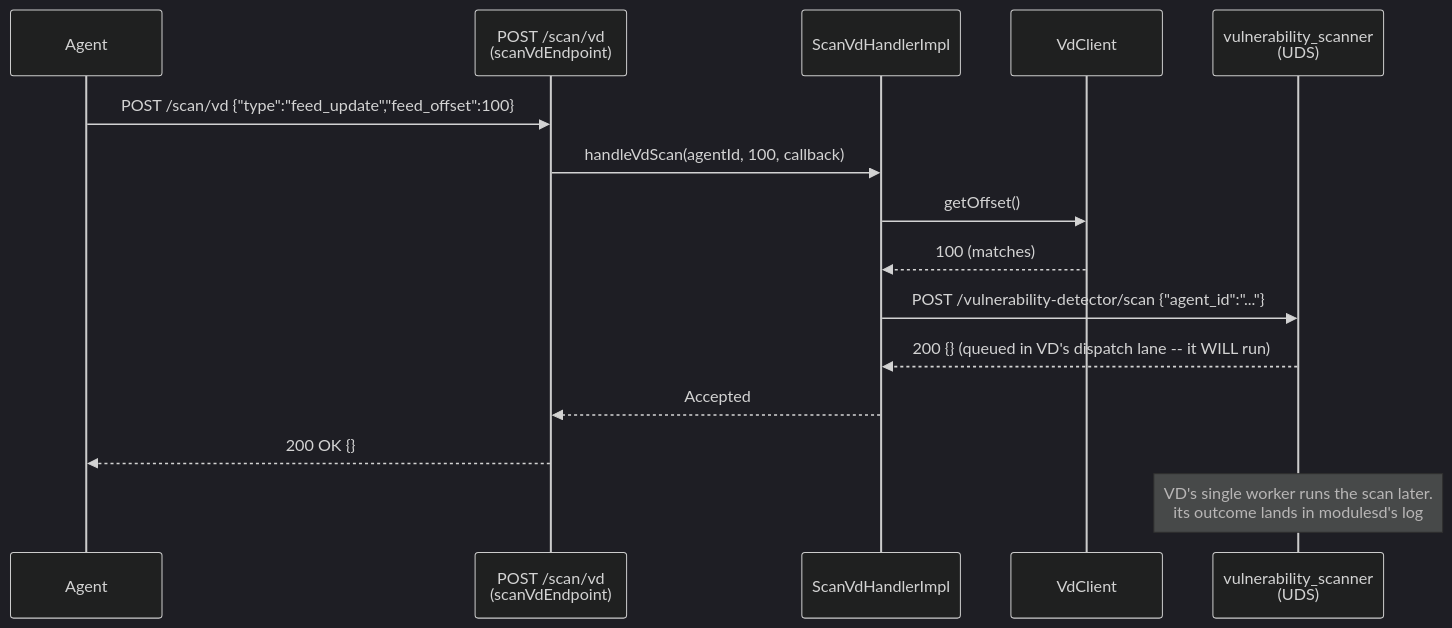
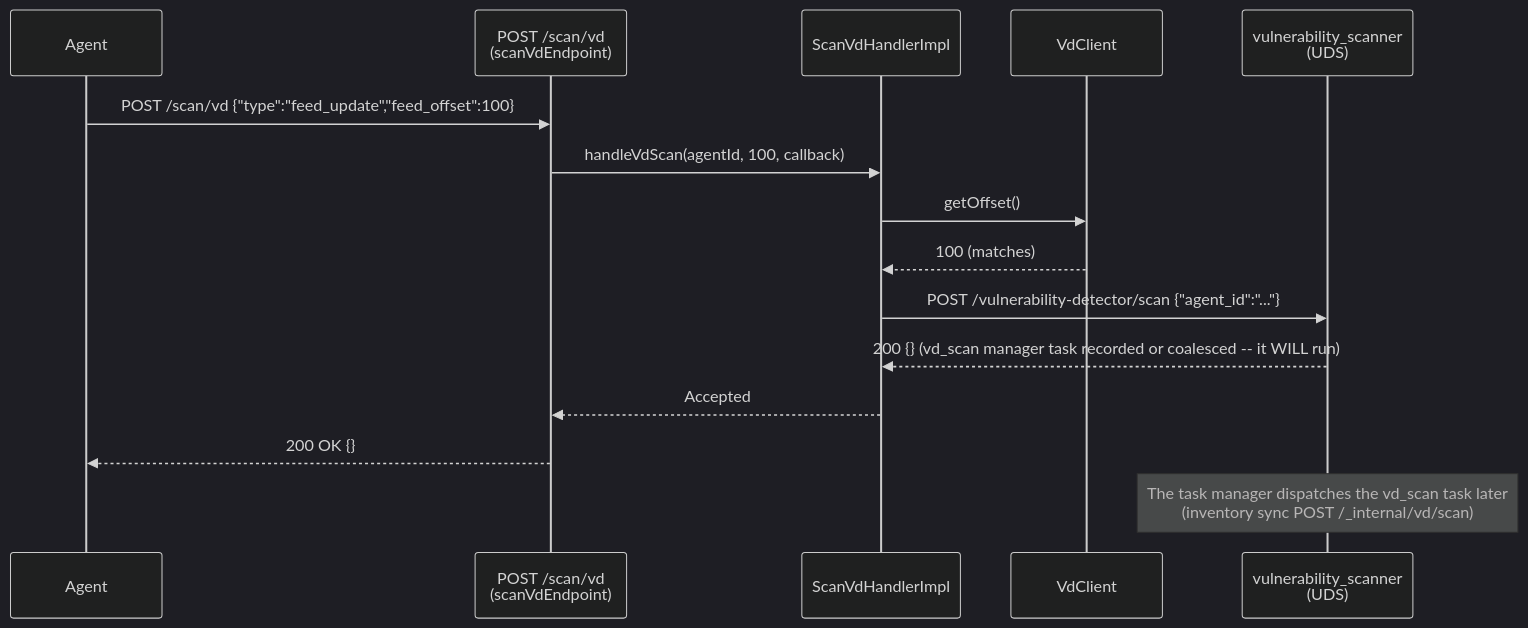
One commit to wazuh/wazuh changed the second of 5 diagrams in src/remoted/remoted_module/README.md. Above: the diagram before and after it, drawn with Mermaid (dark theme). The commit also changed other lines of this file and 232 other files, not shown here.

````diff
--- a/src/remoted/remoted_module/README.md
+++ b/src/remoted/remoted_module/README.md
@@ -912,19 +917,19 @@
 ```mermaid
 sequenceDiagram
     participant Ag as Agent
     participant EP as POST /scan/vd<br/>(scanVdEndpoint)
     participant SH as ScanVdHandlerImpl
     participant VC as VdClient
     participant VD as vulnerability_scanner<br/>(UDS)
 
     Ag->>EP: POST /scan/vd {"type":"feed_update","feed_offset":100}
     EP->>SH: handleVdScan(agentId, 100, callback)
     SH->>VC: getOffset()
     VC-->>SH: 100 (matches)
     SH->>VD: POST /vulnerability-detector/scan {"agent_id":"..."}
-    VD-->>SH: 200 {} (queued in VD's dispatch lane -- it WILL run)
+    VD-->>SH: 200 {} (vd_scan manager task recorded or coalesced -- it WILL run)
     SH-->>EP: Accepted
     EP-->>Ag: 200 OK {}
 
-    Note over VD: VD's single worker runs the scan later.<br/>its outcome lands in modulesd's log
+    Note over VD: The task manager dispatches the vd_scan task later<br/>(inventory sync POST /_internal/vd/scan)
 ```
````
